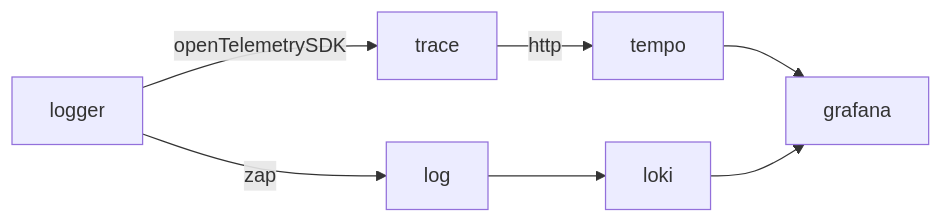
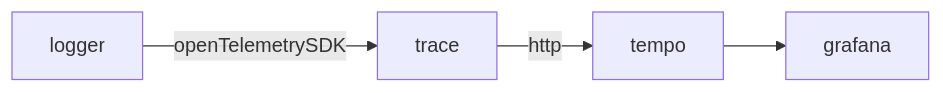
The diagram in README.md (Himan000/otel_zap_logger), drawn with Mermaid before and after one commit. The commit also changed other lines of this file, not shown here.

````diff
--- a/README.md
+++ b/README.md
@@ -8,12 +9,7 @@
 ```mermaid
 flowchart LR
 logger -- openTelemetrySDK --> trace
 trace -- http --> tempo
-
-logger -- zap --> log 
-log-->loki
-
 tempo-->grafana
-loki-->grafana
 
 ```
````
